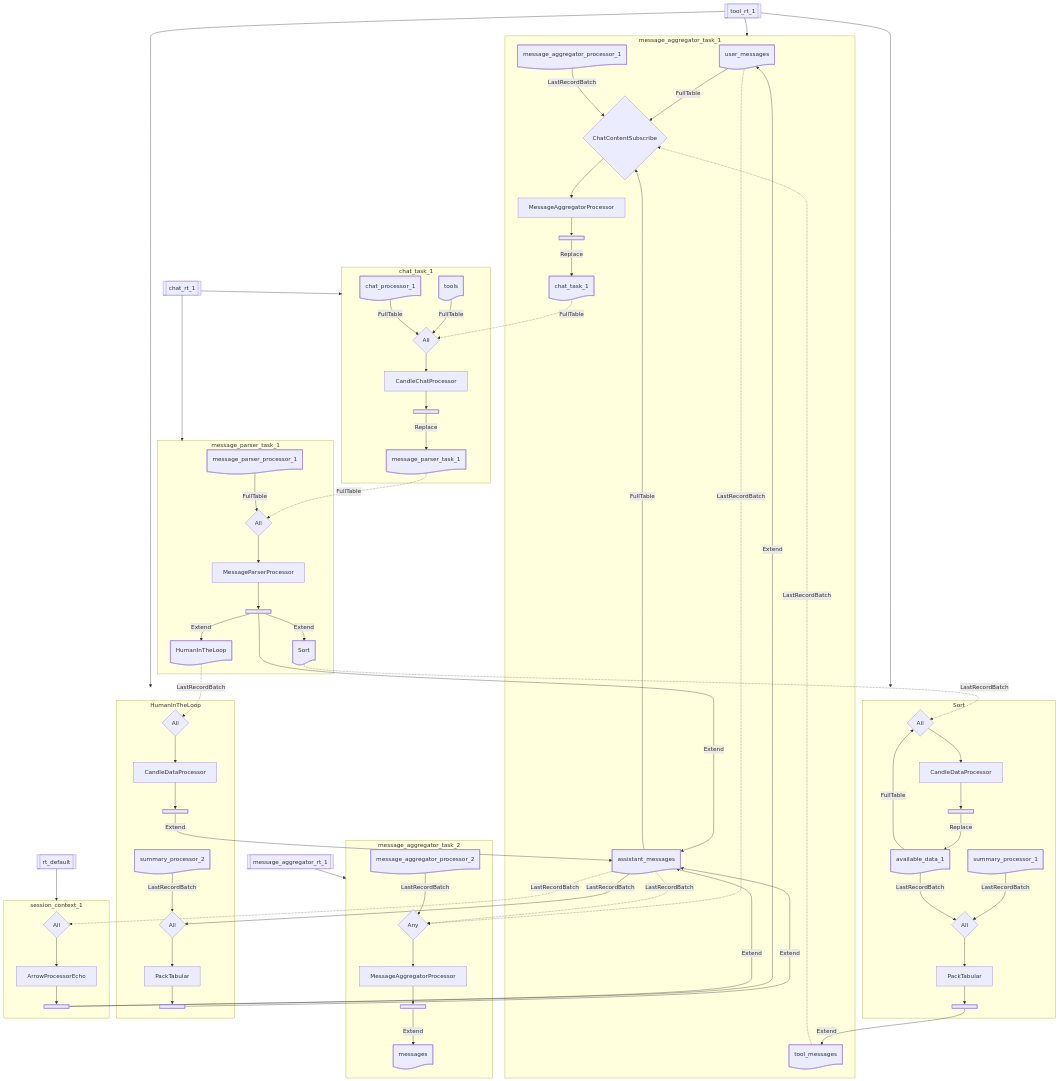
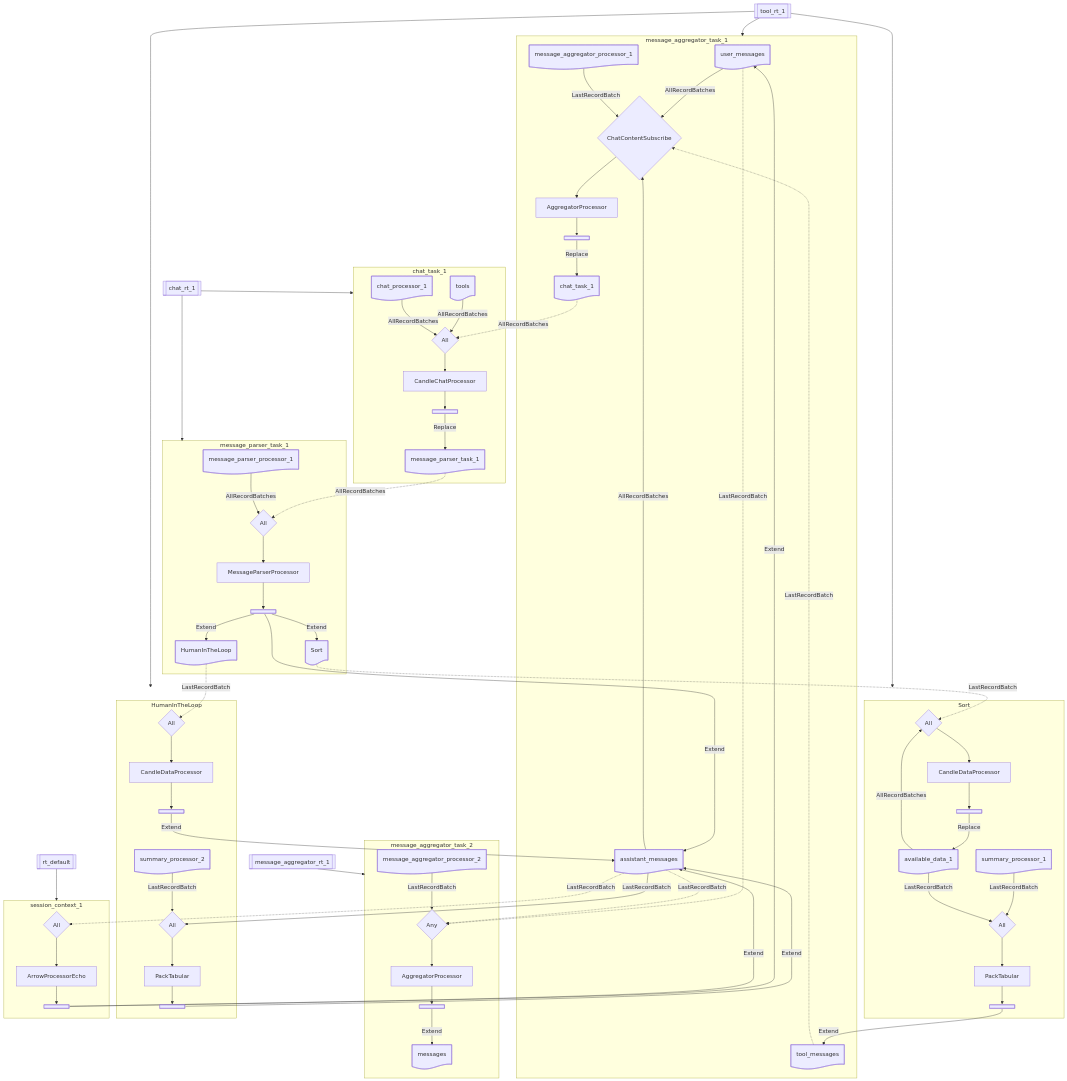
Before and after one commit to biom8er/phymes: the second of 2 diagrams in phymes-book/src/phymes-agents/tool_agent.md, drawn with Mermaid. The commit also changed 241 other files, not shown here.

````diff
--- a/phymes-book/src/phymes-agents/tool_agent.md
+++ b/phymes-book/src/phymes-agents/tool_agent.md
@@ -23,9 +23,9 @@
 ```mermaid
 flowchart TD
 	subgraph message_aggregator_task_1
-		user_messages-subject--FullTable-->message_aggregator_processor_1-subscribe
+		user_messages-subject--AllRecordBatches-->message_aggregator_processor_1-subscribe
 		tool_messages-subject-.LastRecordBatch.->message_aggregator_processor_1-subscribe
-		assistant_messages-subject--FullTable-->message_aggregator_processor_1-subscribe
+		assistant_messages-subject--AllRecordBatches-->message_aggregator_processor_1-subscribe
 		message_aggregator_processor_1-subject--LastRecordBatch-->message_aggregator_processor_1-subscribe
 		message_aggregator_processor_1-subscribe-->message_aggregator_processor_1-processor
 		message_aggregator_processor_1-processor-->message_aggregator_processor_1-publish
@@ -40,16 +40,16 @@
 		message_aggregator_processor_2-publish--Extend-->messages-subject
 	end
 	subgraph chat_task_1
-		chat_task_1-subject-.FullTable.->chat_processor_1-subscribe
-		tools-subject--FullTable-->chat_processor_1-subscribe
-		chat_processor_1-subject--FullTable-->chat_processor_1-subscribe
+		chat_task_1-subject-.AllRecordBatches.->chat_processor_1-subscribe
+		tools-subject--AllRecordBatches-->chat_processor_1-subscribe
+		chat_processor_1-subject--AllRecordBatches-->chat_processor_1-subscribe
 		chat_processor_1-subscribe-->chat_processor_1-processor
 		chat_processor_1-processor-->chat_processor_1-publish
 		chat_processor_1-publish--Replace-->message_parser_task_1-subject
 	end
 	subgraph message_parser_task_1
-		message_parser_task_1-subject-.FullTable.->message_parser_processor_1-subscribe
-		message_parser_processor_1-subject--FullTable-->message_parser_processor_1-subscribe
+		message_parser_task_1-subject-.AllRecordBatches.->message_parser_processor_1-subscribe
+		message_parser_processor_1-subject--AllRecordBatches-->message_parser_processor_1-subscribe
 		message_parser_processor_1-subscribe-->message_parser_processor_1-processor
 		message_parser_processor_1-processor-->message_parser_processor_1-publish
 		message_parser_processor_1-publish--Extend-->assistant_messages-subject
@@ -58,7 +58,7 @@
 	end
 	subgraph Sort
 		Sort-subject-.LastRecordBatch.->Sort-subscribe
-		available_data_1-subject--FullTable-->Sort-subscribe
+		available_data_1-subject--AllRecordBatches-->Sort-subscribe
 		Sort-subscribe-->Sort-processor
 		Sort-processor-->Sort-publish
 		Sort-publish--Replace-->available_data_1-subject
@@ -93,8 +93,8 @@
 	tool_rt_1-rt-->Sort
 	tool_rt_1-rt-->HumanInTheLoop
 	rt_default-rt-->session_context_1
-	message_aggregator_processor_1-processor@{shape: rect, label: MessageAggregatorProcessor}
-	message_aggregator_processor_2-processor@{shape: rect, label: MessageAggregatorProcessor}
+	message_aggregator_processor_1-processor@{shape: rect, label: AggregatorProcessor}
+	message_aggregator_processor_2-processor@{shape: rect, label: AggregatorProcessor}
 	chat_processor_1-processor@{shape: rect, label: CandleChatProcessor}
 	message_parser_processor_1-processor@{shape: rect, label: MessageParserProcessor}
 	Sort-processor@{shape: rect, label: CandleDataProcessor}
````
